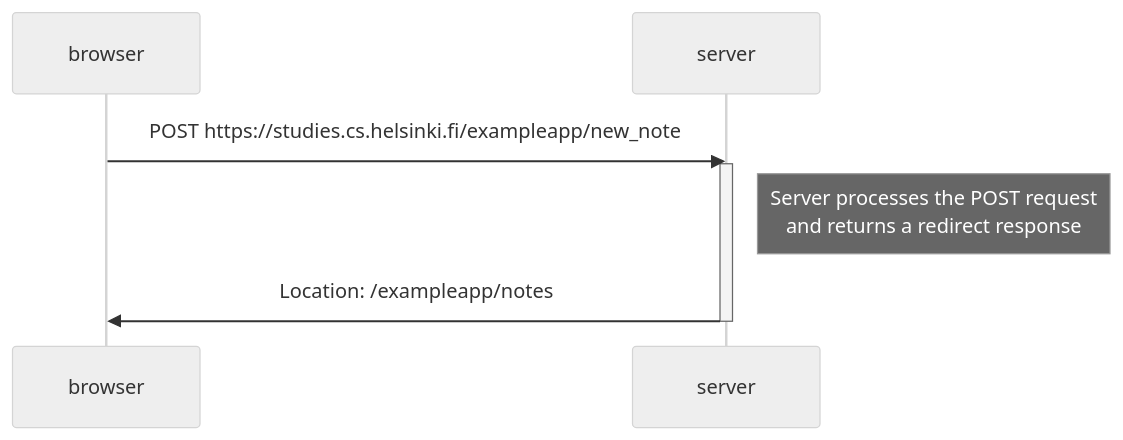
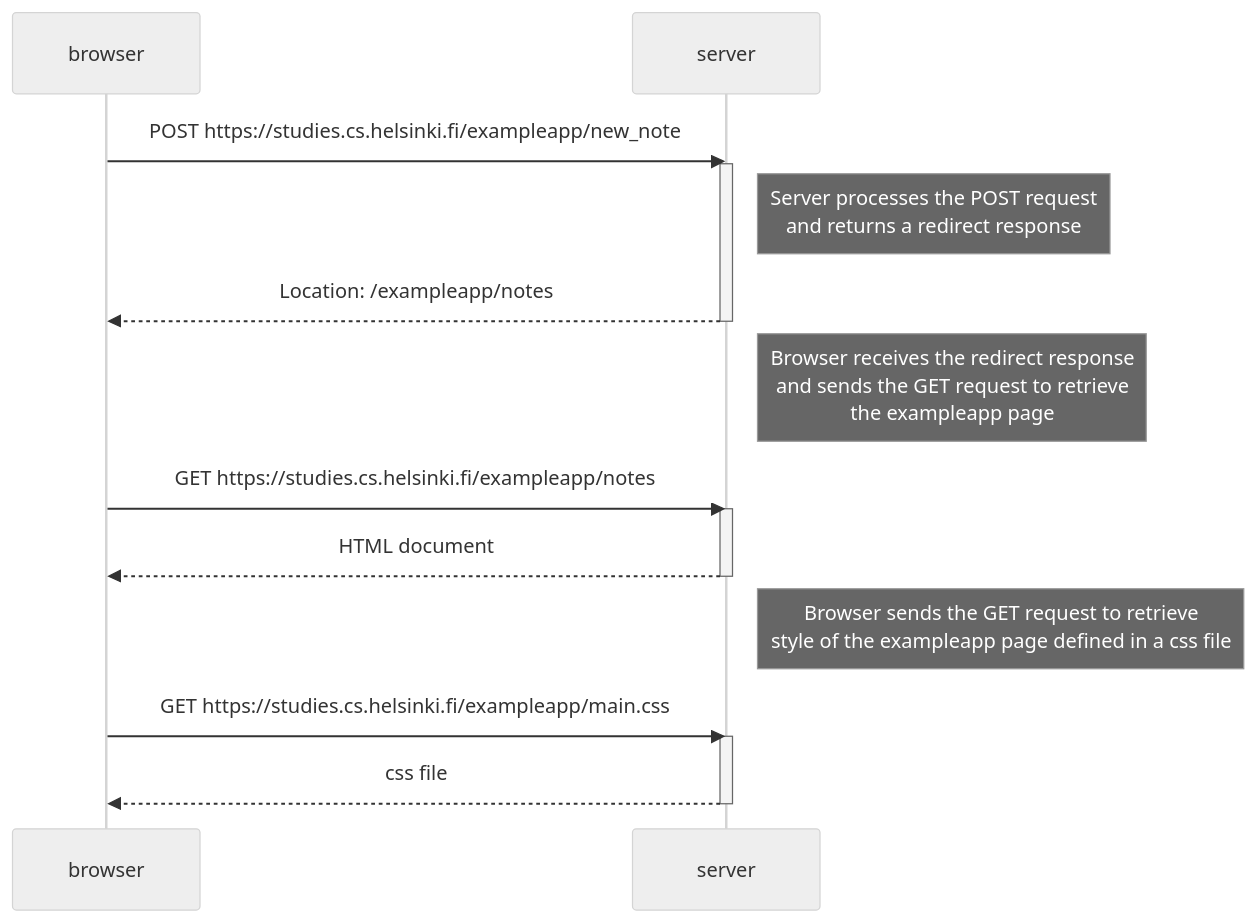
Before and after one commit to oskarioksanen/fullstack_open_palautusrepo: the second of 2 diagrams in osa0/uusi_muistiinpano_kaavio.md, drawn with Mermaid (neutral theme).

````diff
--- a/osa0/uusi_muistiinpano_kaavio.md
+++ b/osa0/uusi_muistiinpano_kaavio.md
@@ -17,14 +17,29 @@
 ```mermaid
 sequenceDiagram
     participant browser
     participant server
 
     browser->>server: POST https://studies.cs.helsinki.fi/exampleapp/new_note
     activate server
 
     Note right of server: Server processes the POST request<br/>and returns a redirect response
 
-    server->>browser: Location: /exampleapp/notes
+    server-->>browser: Location: /exampleapp/notes
+    deactivate server
+    
+    Note right of server: Browser receives the redirect response<br/>and sends the GET request to retrieve<br/>the exampleapp page
+
+    browser->>server: GET https://studies.cs.helsinki.fi/exampleapp/notes
+    activate server
+    server-->>browser: HTML document
     deactivate server
 
+    Note right of server: Browser sends the GET request to retrieve<br/>style of the exampleapp page defined in a css file
+    
+    browser->>server: GET https://studies.cs.helsinki.fi/exampleapp/main.css
+    activate server
+    server-->>browser: css file
+    deactivate server
+
+
 ```
````
